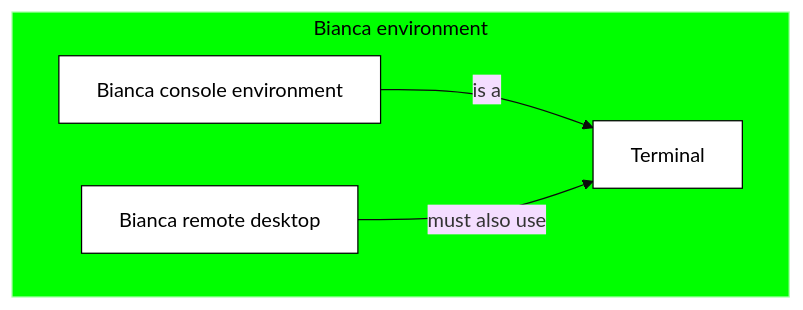
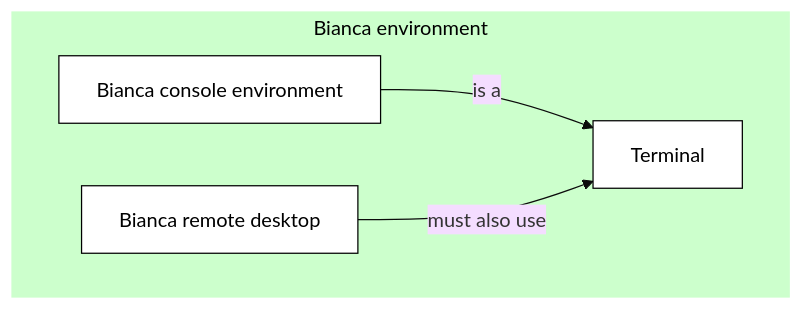
The first of 4 diagrams in docs/login_bianca.md (UPPMAX/bianca_workshop), drawn with Mermaid (base theme) before and after one commit. The commit also changed other lines of this file, not shown here.

````diff
--- a/docs/login_bianca.md
+++ b/docs/login_bianca.md
@@ -79,16 +79,16 @@
 ```mermaid
 flowchart TD
 
     subgraph sub_bianca_env[Bianca environment]
       bianca_console[Bianca console environment]
       bianca_remote_desktop[Bianca remote desktop] 
       bianca_terminal[Terminal] 
       style bianca_console fill:#fff,color:#000,stroke:#000
       style bianca_remote_desktop fill:#fff,color:#000,stroke:#000
       style bianca_terminal fill:#fff,color:#000,stroke:#000
     end
-    style sub_bianca_env fill:#0f0,color:#000,stroke:#afa
+    style sub_bianca_env fill:#cfc,color:#000,stroke:#cfc
 
     bianca_console-->|is a|bianca_terminal
     bianca_remote_desktop-->|must also use|bianca_terminal
 ```
````
